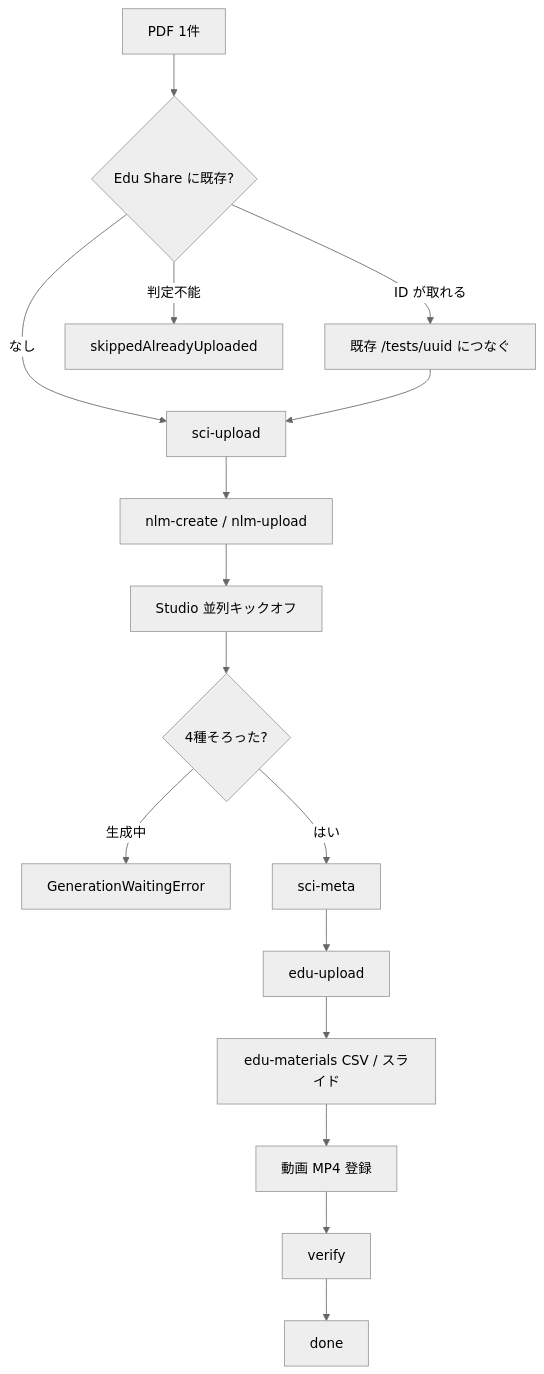
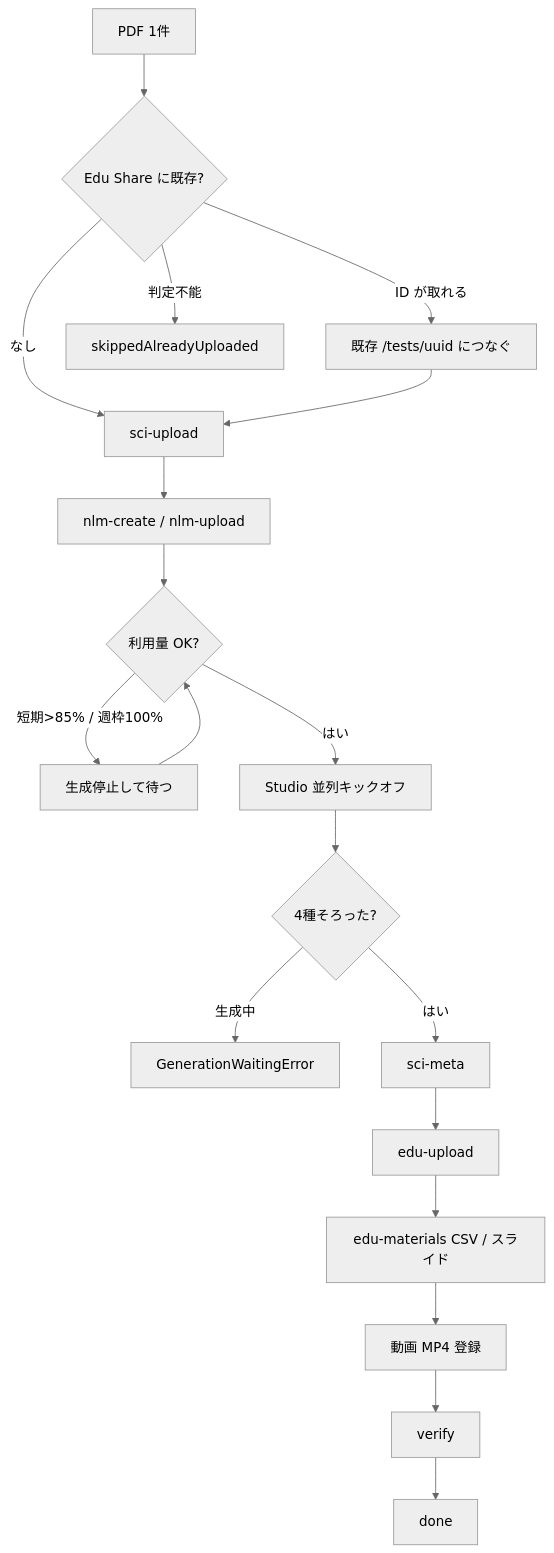
The second of 4 diagrams in tools/paper-pipeline/docs/flow.md (doren-hub/Edu-Share), drawn with Mermaid (neutral theme) before and after one commit. The commit also changed other lines of this file and 27 other files, not shown here.

````diff
--- a/tools/paper-pipeline/docs/flow.md
+++ b/tools/paper-pipeline/docs/flow.md
@@ -37,18 +42,21 @@
 ```mermaid
 flowchart TD
   start[PDF 1件] --> exist{Edu Share に既存?}
   exist -->|ID が取れる| adopt[既存 /tests/uuid につなぐ]
   exist -->|判定不能| skip[skippedAlreadyUploaded]
   exist -->|なし| sciUp
   adopt --> sciUp
   sciUp[sci-upload] --> nlm[nlm-create / nlm-upload]
-  nlm --> studio[Studio 並列キックオフ]
+  nlm --> quota{利用量 OK?}
+  quota -->|短期>85% / 週枠100%| pause[生成停止して待つ]
+  pause --> quota
+  quota -->|はい| studio[Studio 並列キックオフ]
   studio --> wait{4種そろった?}
   wait -->|生成中| yield[GenerationWaitingError]
   wait -->|はい| sciMeta[sci-meta]
   sciMeta --> eduUp[edu-upload]
   eduUp --> mat[edu-materials CSV / スライド]
   mat --> vid[動画 MP4 登録]
   vid --> ver[verify]
   ver --> done[done]
 ```
````
